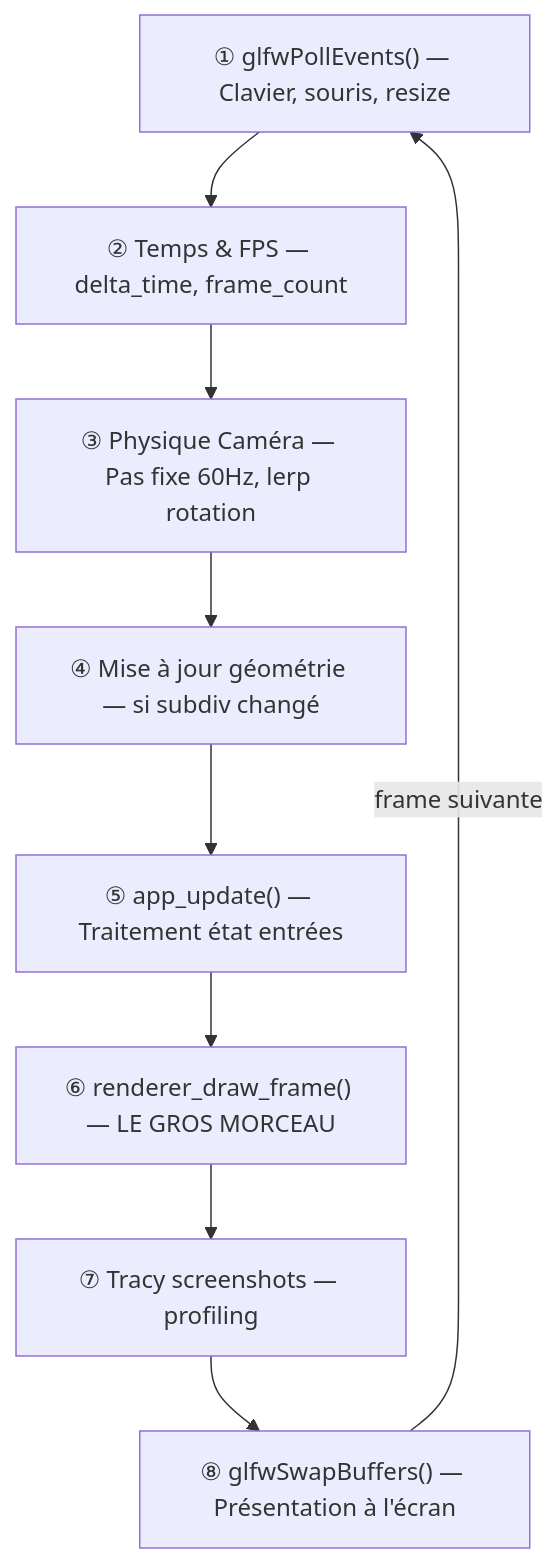
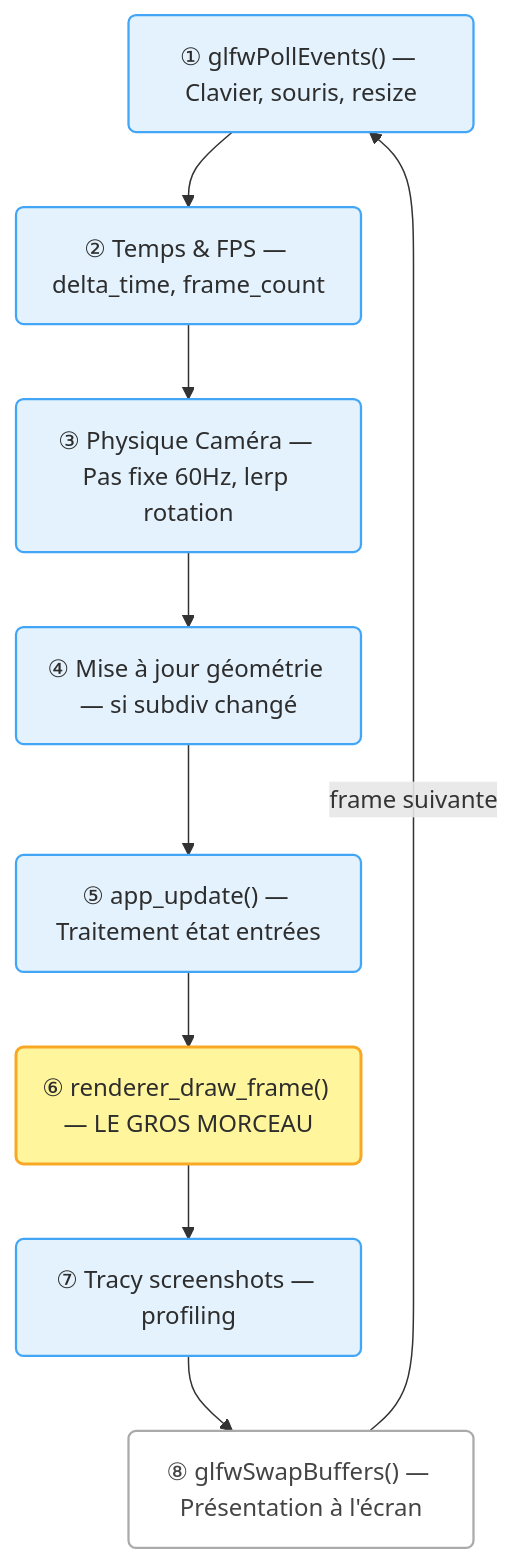
Before and after one commit to yoyonel/blog_source: diagram 13 of 17 in content/suckless-ogl-anatomie-frame.md, drawn with Mermaid. The commit also changed other lines of this file and 4 other files, not shown here.

First line of the commit message:
refactor(mermaid): hand-drawn style + forced light mode for all browsers

```diff
--- a/content/suckless-ogl-anatomie-frame.md
+++ b/content/suckless-ogl-anatomie-frame.md
@@ -637,12 +694,20 @@
 <pre class="mermaid">
 graph TD
-    A["① glfwPollEvents() — Clavier, souris, resize"]
-    A --> B["② Temps & FPS — delta_time, frame_count"]
-    B --> C["③ Physique Caméra — Pas fixe 60Hz, lerp rotation"]
-    C --> D["④ Mise à jour géométrie — si subdiv changé"]
-    D --> E["⑤ app_update() — Traitement état entrées"]
-    E --> F["⑥ renderer_draw_frame() — LE GROS MORCEAU"]
-    F --> G["⑦ Tracy screenshots — profiling"]
-    G --> H["⑧ glfwSwapBuffers() — Présentation à l'écran"]
+    A("① glfwPollEvents() — Clavier, souris, resize")
+    A --> B("② Temps & FPS — delta_time, frame_count")
+    B --> C("③ Physique Caméra — Pas fixe 60Hz, lerp rotation")
+    C --> D("④ Mise à jour géométrie — si subdiv changé")
+    D --> E("⑤ app_update() — Traitement état entrées")
+    E --> F("⑥ renderer_draw_frame() — LE GROS MORCEAU")
+    F --> G("⑦ Tracy screenshots — profiling")
+    G --> H("⑧ glfwSwapBuffers() — Présentation à l'écran")
     H -->|"frame suivante"| A
+
+    classDef keyFunc fill:#fff59d,stroke:#f9a825,stroke-width:2px,color:#2d2d2d
+    classDef loopNode fill:#e3f2fd,stroke:#42a5f5,stroke-width:1.5px,color:#2d2d2d
+    classDef subsystem fill:#ffffff,stroke:#aaaaaa,stroke-width:1.5px,color:#444444
+
+    class F keyFunc
+    class A,B,C,D,E,G loopNode
+    class H subsystem
 </pre>
```
